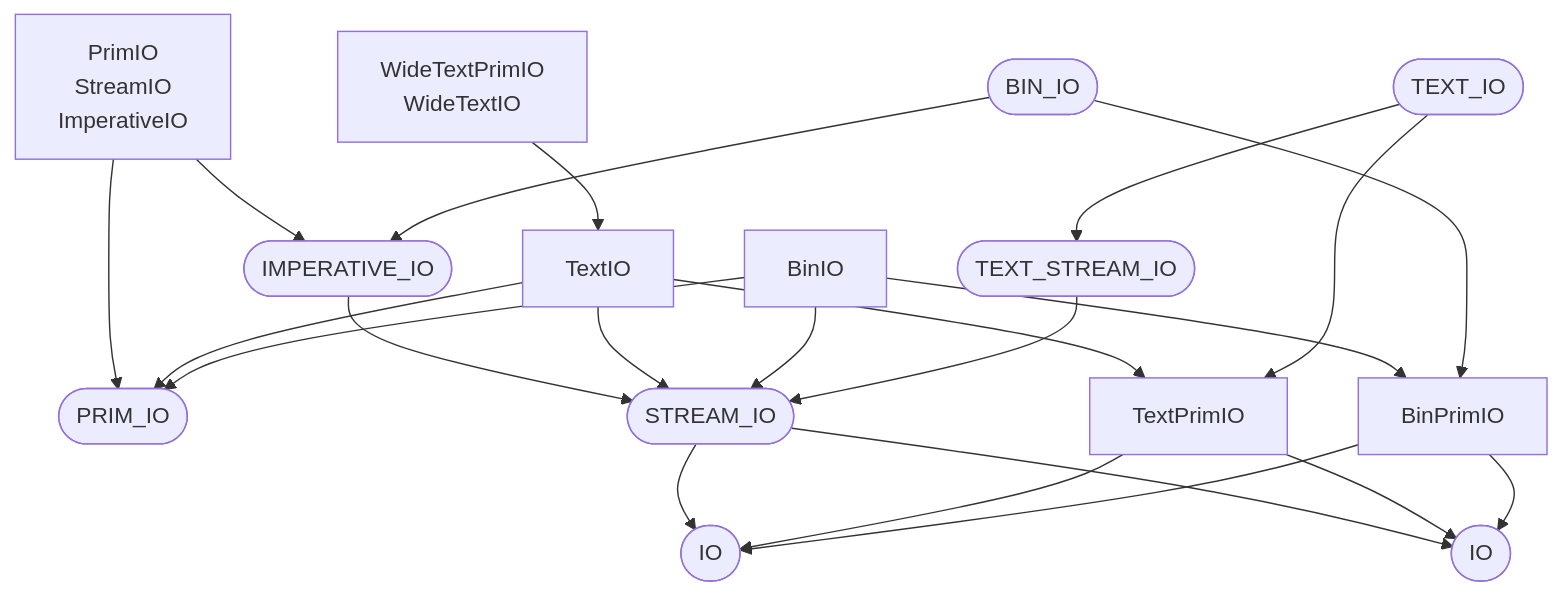
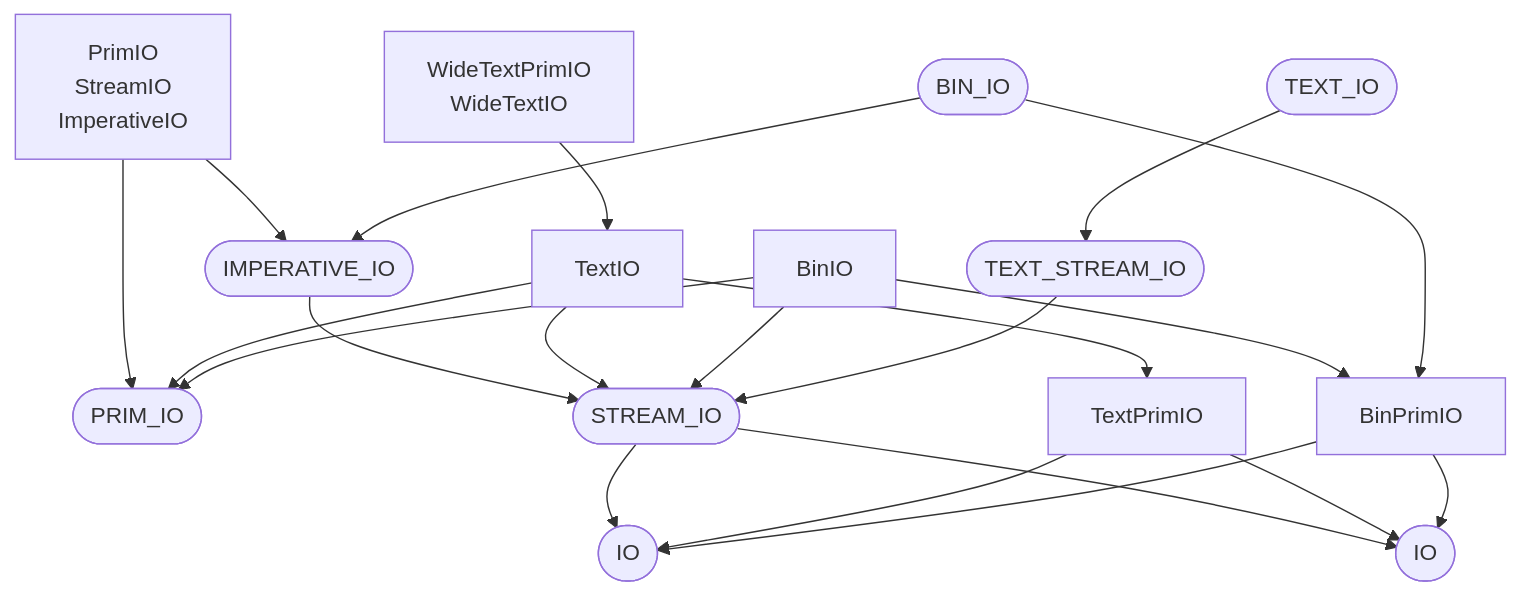
The eighth of 9 diagrams in docs/lib/basis/depends.md (ruudkoot/rune), drawn with Mermaid before and after one commit. The commit also changed other lines of this file and 66 other files, not shown here.

Commit message:
Make TEXT_IO, TEXT_STREAM_IO and STRING_CVT generic, seal WideTextIO with TEXT_IO, add WideStringCvt, and write the change request (utf8 M9)

````diff
--- a/docs/lib/basis/depends.md
+++ b/docs/lib/basis/depends.md
@@ -389,38 +392,37 @@
 ```mermaid
 flowchart TD
   n66(["IO"])
   n67(["PRIM_IO"])
   n68(["STREAM_IO"])
   n69["TextPrimIO"]
   n70["BinPrimIO"]
   n72(["IMPERATIVE_IO"])
   n73["PrimIO<br>StreamIO<br>ImperativeIO"]
   n74["TextIO"]
   n76["BinIO"]
   n102(["BIN_IO"])
   n114(["IO"])
   n135(["TEXT_STREAM_IO"])
   n145(["TEXT_IO"])
-  n158["WideTextPrimIO<br>WideTextIO"]
+  n159["WideTextPrimIO<br>WideTextIO"]
   n68 --> n114
   n68 --> n66
   n69 --> n114
   n69 --> n66
   n70 --> n114
   n70 --> n66
   n72 --> n68
   n73 --> n72
   n73 --> n67
   n74 --> n68
   n74 --> n67
   n74 --> n69
   n76 --> n70
   n76 --> n68
   n76 --> n67
   n102 --> n70
   n102 --> n72
   n135 --> n68
   n145 --> n135
-  n145 --> n69
-  n158 --> n74
+  n159 --> n74
 ```
````
